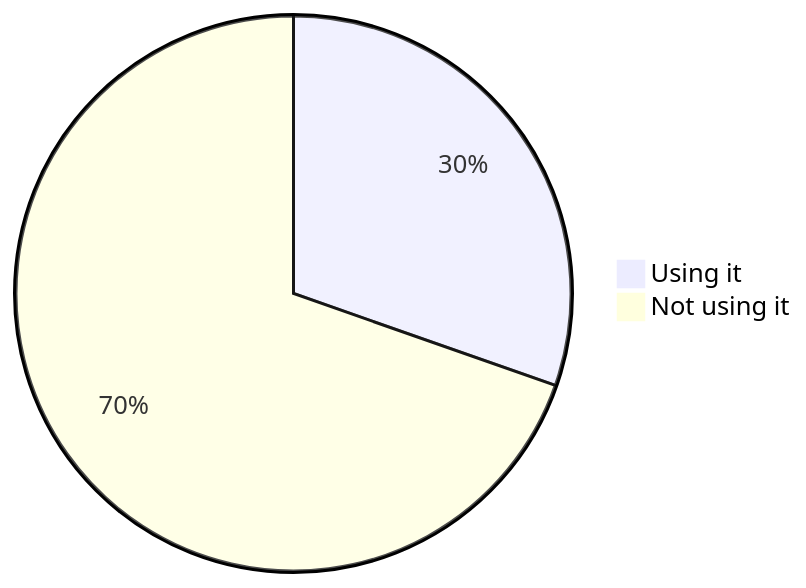
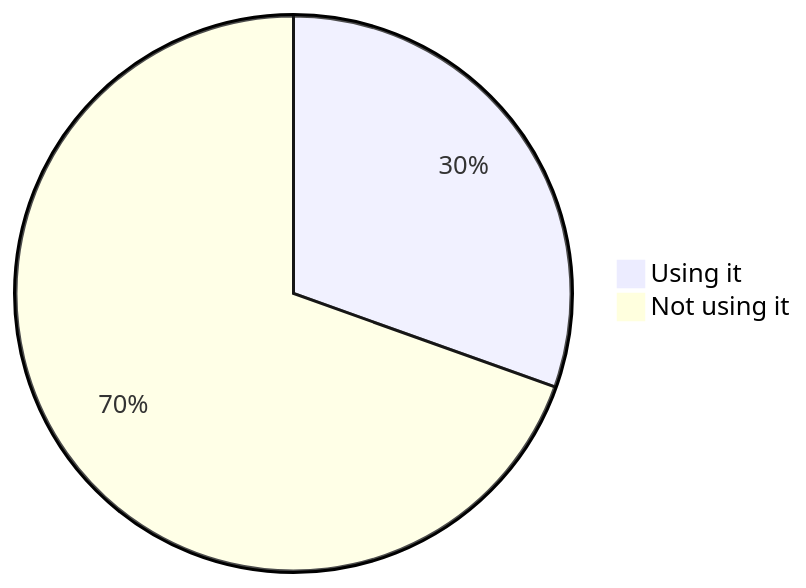
One commit to oshp/oshp-stats changed diagram 16 of 22 in stats.md. Above: the diagram before and after it, drawn with Mermaid. The commit also changed other lines of this file, not shown here.

````diff
--- a/stats.md
+++ b/stats.md
@@ -190,6 +190,6 @@
 ```mermaid
 pie
-	"Using it" : 30.37
-	"Not using it" : 69.63
+	"Using it" : 30.46
+	"Not using it" : 69.54
 
 ```
````
